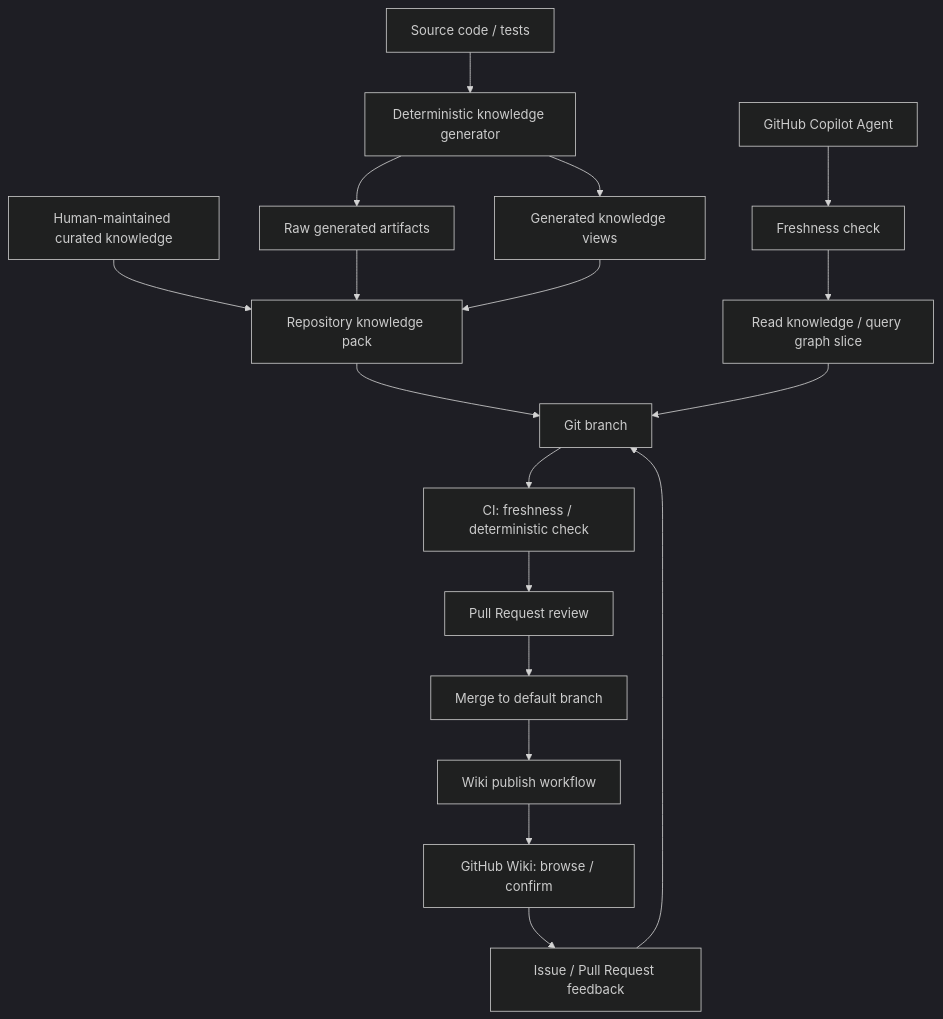
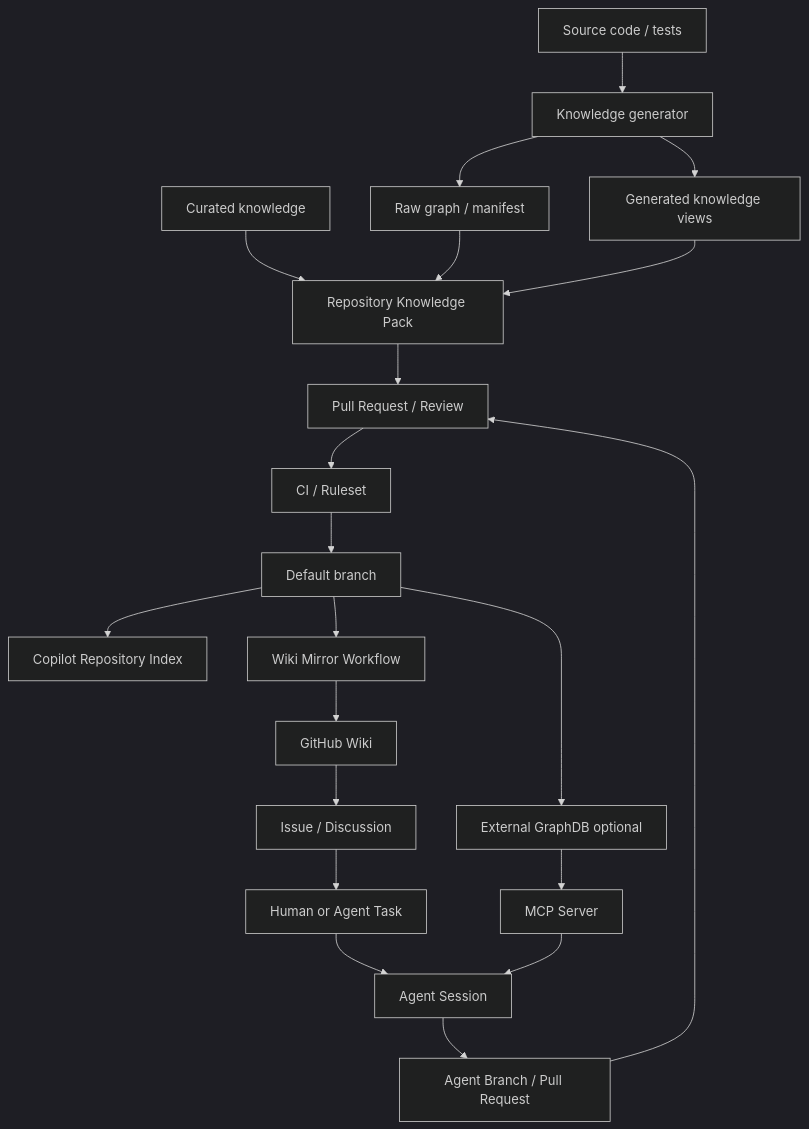
One commit to tkhjp/copilot-agent-knowledge-demo changed the diagram in docs/shared-project-knowledge-management-design.ja.md. Above: the diagram before and after it, drawn with Mermaid (dark theme). The commit also changed other lines of this file and 7 other files, not shown here.

First line of the commit message:
GitHub ネイティブ機能を目的別に整理し Knowledge 編成を更新

````diff
--- a/docs/shared-project-knowledge-management-design.ja.md
+++ b/docs/shared-project-knowledge-management-design.ja.md
@@ -108,24 +1215,27 @@
 ```mermaid
 flowchart TD
-    S[Source code / tests] --> G[Deterministic knowledge generator]
-    G --> R[Raw generated artifacts]
-    G --> V[Generated knowledge views]
-    H[Human-maintained curated knowledge] --> P[Repository knowledge pack]
-    R --> P
-    V --> P
+    A[Source code / tests] --> B[Knowledge generator]
+    B --> C[Raw graph / manifest]
+    B --> D[Generated knowledge views]
+    E[Curated knowledge] --> F[Repository Knowledge Pack]
+    C --> F
+    D --> F
 
-    P --> B[Git branch]
-    B --> CI[CI: freshness / deterministic check]
-    CI --> PR[Pull Request review]
-    PR --> M[Merge to default branch]
+    F --> G[Pull Request / Review]
+    G --> H[CI / Ruleset]
+    H --> I[Default branch]
 
-    M --> W[Wiki publish workflow]
-    W --> UI[GitHub Wiki: browse / confirm]
+    I --> J[Copilot Repository Index]
+    I --> K[Wiki Mirror Workflow]
+    K --> L[GitHub Wiki]
 
-    A[GitHub Copilot Agent] --> F[Freshness check]
-    F --> Q[Read knowledge / query graph slice]
-    Q --> B
+    L --> M[Issue / Discussion]
+    M --> N[Human or Agent Task]
+    N --> O[Agent Session]
+    O --> P[Agent Branch / Pull Request]
+    P --> G
 
-    UI --> FB[Issue / Pull Request feedback]
-    FB --> B
+    Q[External GraphDB optional] --> R[MCP Server]
+    R --> O
+    I --> Q
 ```
````
